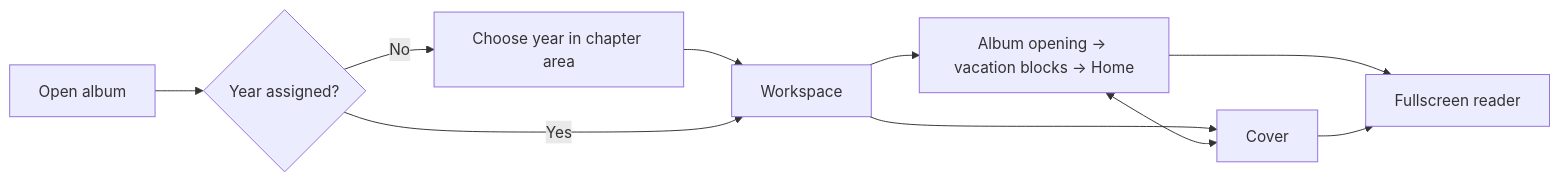
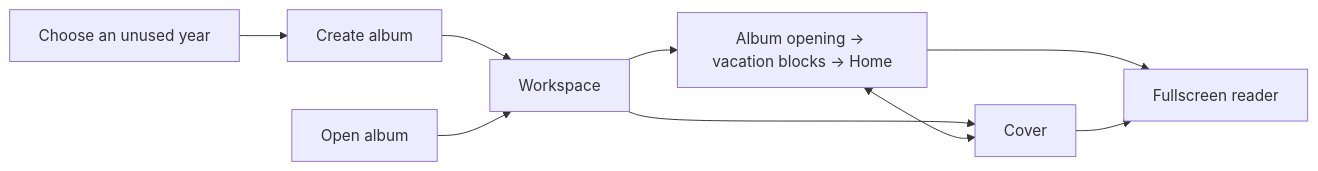
One commit to Shepherd-s-Den/photography changed the diagram in specs/changes/album-workspace-structure/proposal.md. Above: the diagram before and after it, drawn with Mermaid. The commit also changed other lines of this file and 24 other files, not shown here.

First line of the commit message:
Replace workspace core with typed album and chapter ownership

````diff
--- a/specs/changes/album-workspace-structure/proposal.md
+++ b/specs/changes/album-workspace-structure/proposal.md
@@ -18,12 +18,11 @@
 ```mermaid
 flowchart LR
-  Open["Open album"] --> Year{"Year assigned?"}
-  Year -->|No| Setup["Choose year in chapter area"]
-  Setup --> Workspace["Workspace"]
-  Year -->|Yes| Workspace
+  Create["Choose an unused year"] --> Album["Create album"]
+  Album --> Workspace["Workspace"]
+  Open["Open album"] --> Workspace
   Workspace --> Spreads["Album opening → vacation blocks → Home"]
   Workspace --> Cover["Cover"]
   Spreads <--> Cover
   Spreads --> Reader["Fullscreen reader"]
   Cover --> Reader
 ```
````
